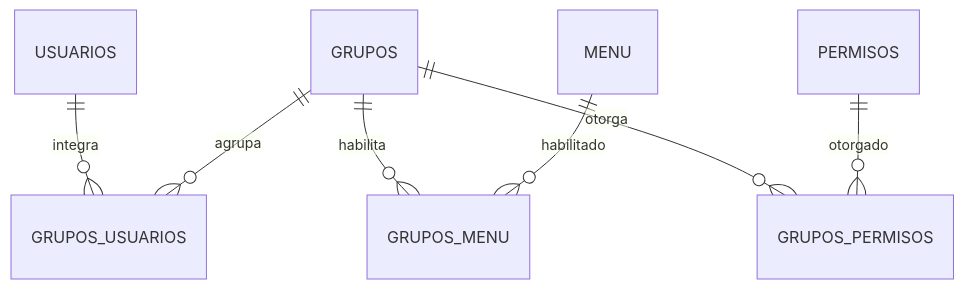
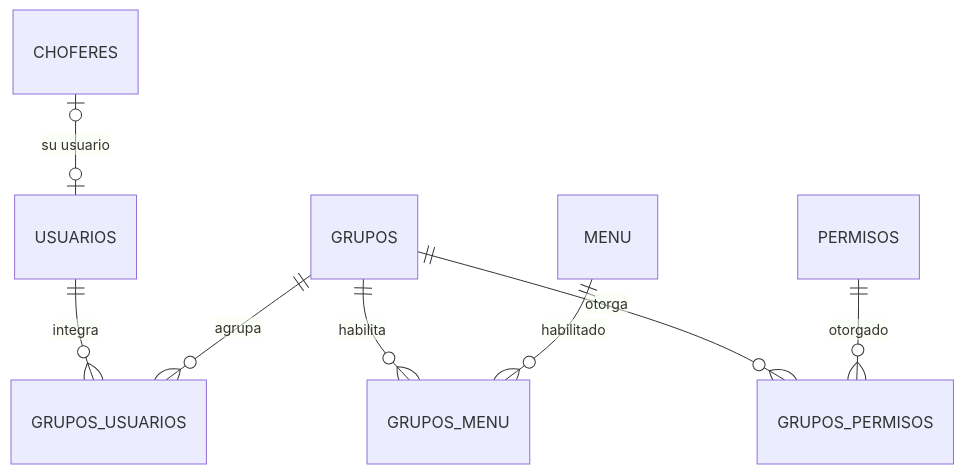
Diagram 12 of 12 in docs/tesis/04-arquitectura-y-diseno.md (TransporteSanchez/SGTL), drawn with Mermaid before and after one commit. The commit also changed other lines of this file and 2 other files, not shown here.

````diff
--- a/docs/tesis/04-arquitectura-y-diseno.md
+++ b/docs/tesis/04-arquitectura-y-diseno.md
@@ -302,9 +311,10 @@
 ```mermaid
 erDiagram
+    CHOFERES |o--o| USUARIOS : "su usuario"
     USUARIOS ||--o{ GRUPOS_USUARIOS : integra
     GRUPOS ||--o{ GRUPOS_USUARIOS : agrupa
     GRUPOS ||--o{ GRUPOS_MENU : habilita
     MENU ||--o{ GRUPOS_MENU : habilitado
     GRUPOS ||--o{ GRUPOS_PERMISOS : otorga
     PERMISOS ||--o{ GRUPOS_PERMISOS : otorgado
 ```
````
